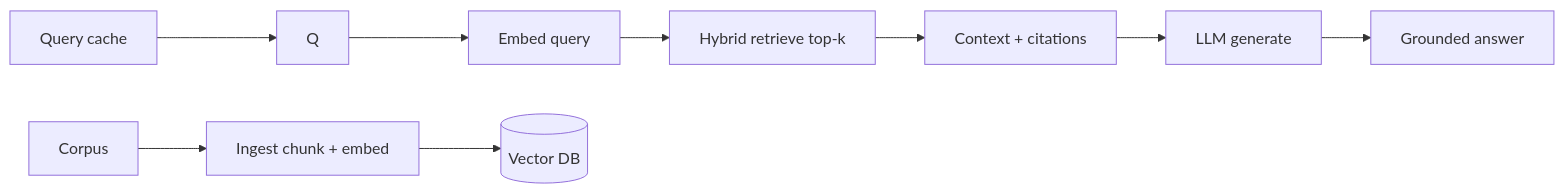
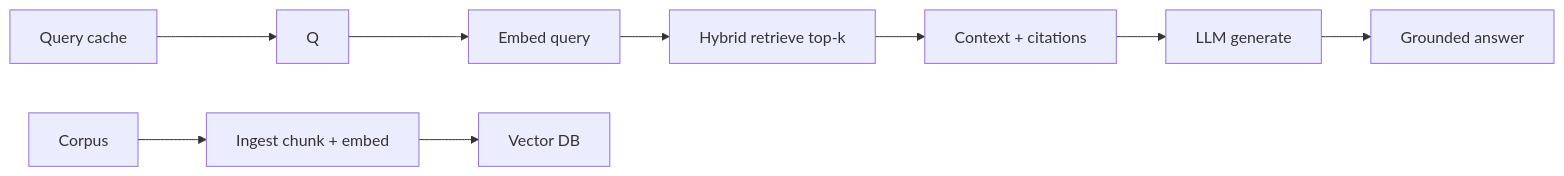
Before and after one commit to RIT-MESH/system-design-mastery: the diagram in docs/ai-systems/06-basic-rag.md, drawn with Mermaid. The commit also changed 139 other files, not shown here.

First line of the commit message:
Fix Mermaid parse errors: replace parentheses in node labels across 140 files

````diff
--- a/docs/ai-systems/06-basic-rag.md
+++ b/docs/ai-systems/06-basic-rag.md
@@ -19,11 +19,11 @@
 ```mermaid
 %% created-for: system-design-mastery
 flowchart LR
   Q --> Embed[Embed query]
   Embed --> Ret[Hybrid retrieve top-k]
   Ret --> Ctx[Context + citations]
   Ctx --> LLM[LLM generate]
   LLM --> Ans[Grounded answer]
-  Corpus --> Ingest[Ingest chunk + embed] --> VDB[(Vector DB)]
+  Corpus --> Ingest[Ingest chunk + embed] --> VDB[Vector DB]
   Cache[Query cache] --> Q
 ```
````
